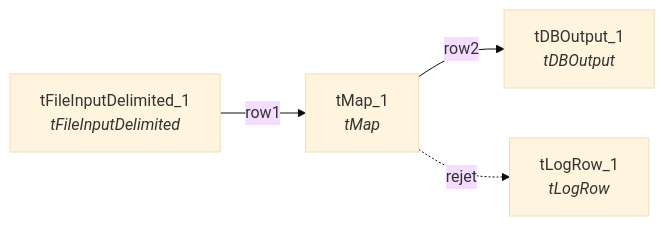
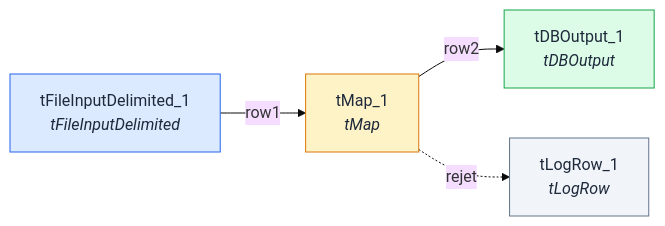
One commit to cocop10/test-talend-docs changed the diagram in docs/jobs/dwh-load-clients.md. Above: the diagram before and after it, drawn with Mermaid (base theme). The commit also changed 19 other files, not shown here.

````diff
--- a/docs/jobs/dwh-load-clients.md
+++ b/docs/jobs/dwh-load-clients.md
@@ -28,10 +28,18 @@
 ```mermaid
 flowchart LR
     tFileInputDelimited_1["tFileInputDelimited_1<br/><i>tFileInputDelimited</i>"]
     tMap_1["tMap_1<br/><i>tMap</i>"]
     tDBOutput_1["tDBOutput_1<br/><i>tDBOutput</i>"]
     tLogRow_1["tLogRow_1<br/><i>tLogRow</i>"]
     tFileInputDelimited_1 -->|row1| tMap_1
     tMap_1 -->|row2| tDBOutput_1
     tMap_1 -.->|rejet| tLogRow_1
+    classDef source fill:#DBEAFE,stroke:#2563EB,stroke-width:1px,color:#1e293b;
+    class tFileInputDelimited_1 source;
+    classDef transform fill:#FEF3C7,stroke:#D97706,stroke-width:1px,color:#1e293b;
+    class tMap_1 transform;
+    classDef target fill:#DCFCE7,stroke:#16A34A,stroke-width:1px,color:#1e293b;
+    class tDBOutput_1 target;
+    classDef other fill:#F1F5F9,stroke:#64748B,stroke-width:1px,color:#1e293b;
+    class tLogRow_1 other;
 ```
````
